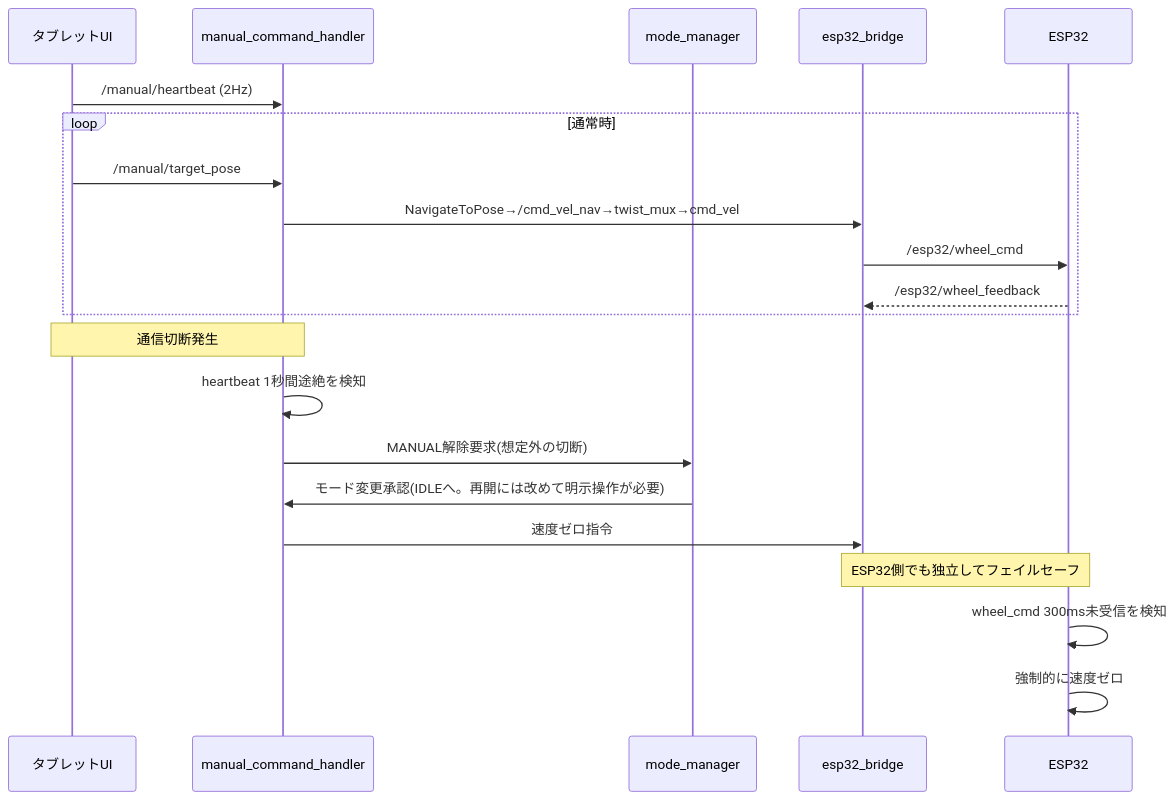
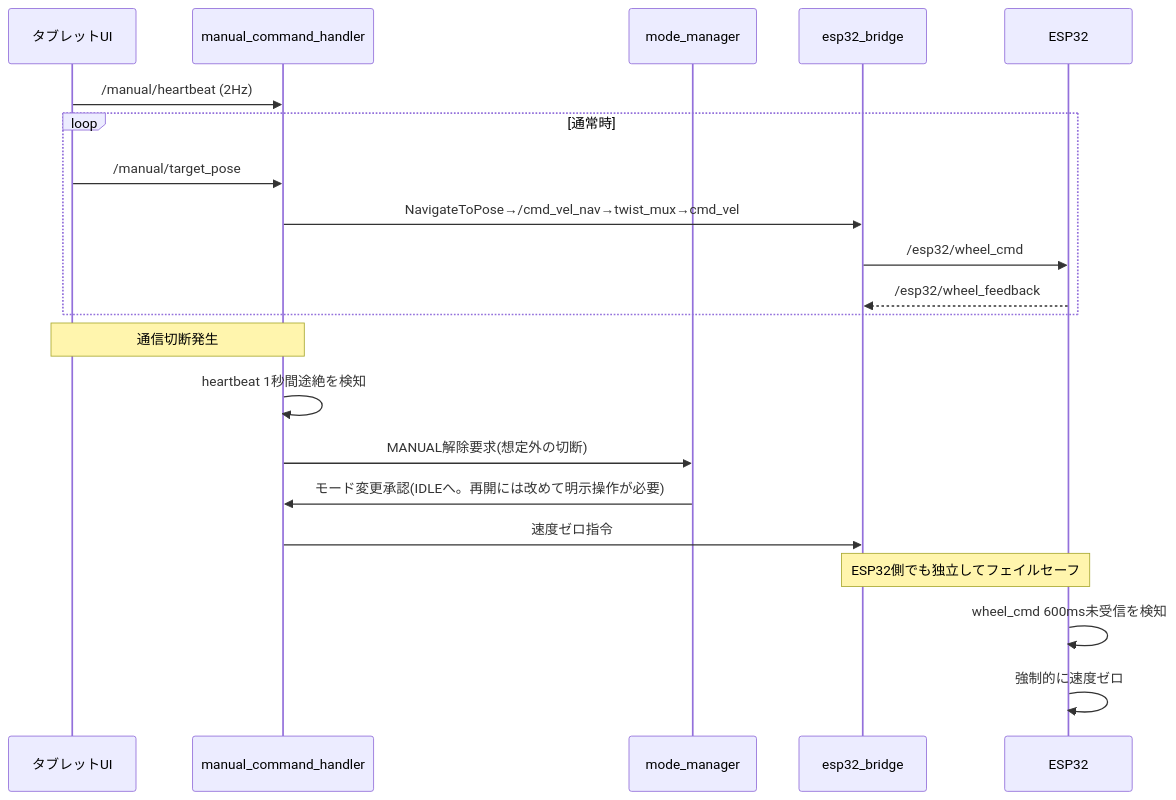
Before and after one commit to TAKA-MEER/th-system: the third of 3 diagrams in th_system_mobility_design_detail.md, drawn with Mermaid. The commit also changed other lines of this file and 6 other files, not shown here.

````diff
--- a/th_system_mobility_design_detail.md
+++ b/th_system_mobility_design_detail.md
@@ -457,26 +457,26 @@
 ```mermaid
 sequenceDiagram
     participant Tab as タブレットUI
     participant MCH as manual_command_handler
     participant MM as mode_manager
     participant EB as esp32_bridge
     participant ESP as ESP32
 
     Tab->>MCH: /manual/heartbeat (2Hz)
     loop 通常時
         Tab->>MCH: /manual/target_pose
         MCH->>EB: NavigateToPose→/cmd_vel_nav→twist_mux→cmd_vel
         EB->>ESP: /esp32/wheel_cmd
         ESP-->>EB: /esp32/wheel_feedback
     end
 
     Note over Tab,MCH: 通信切断発生
     MCH->>MCH: heartbeat 1秒間途絶を検知
     MCH->>MM: MANUAL解除要求(想定外の切断)
     MM->>MCH: モード変更承認(IDLEへ。再開には改めて明示操作が必要)
     MCH->>EB: 速度ゼロ指令
 
     Note over EB,ESP: ESP32側でも独立してフェイルセーフ
-    ESP->>ESP: wheel_cmd 300ms未受信を検知
+    ESP->>ESP: wheel_cmd 600ms未受信を検知
     ESP->>ESP: 強制的に速度ゼロ
 ```
````
